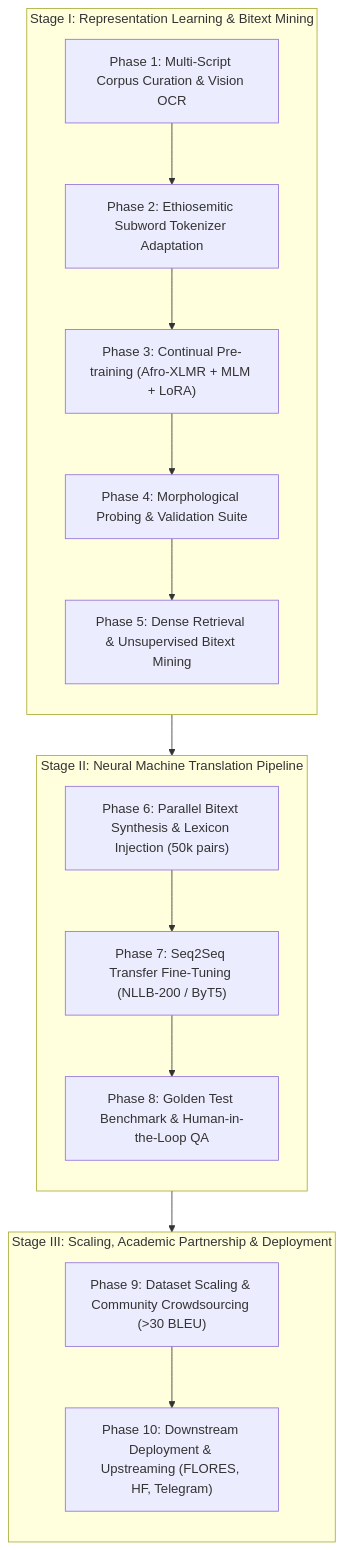
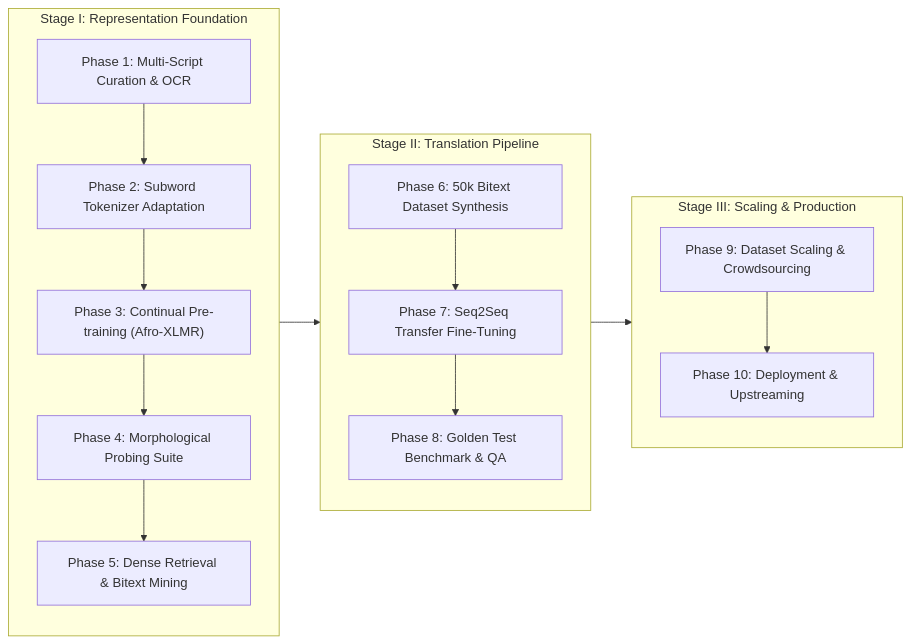
The third of 6 diagrams in README.md (bogdanborovoy/harari-nmt), drawn with Mermaid before and after one commit. The commit also changed other lines of this file and 2 other files, not shown here.

Commit message:
Fix Mermaid flowchart layout: switch pipeline and roles to clean flowchart LR to avoid title clipping

````diff
--- a/README.md
+++ b/README.md
@@ -158,27 +158,30 @@
 ```mermaid
-flowchart TD
-    subgraph Stage1 ["Stage I: Representation Learning & Bitext Mining"]
+flowchart LR
+    subgraph Stage1 ["Stage I: Representation Foundation"]
         direction TB
-        P1["Phase 1: Multi-Script Corpus Curation & Vision OCR"]
-        P2["Phase 2: Ethiosemitic Subword Tokenizer Adaptation"]
-        P3["Phase 3: Continual Pre-training (Afro-XLMR + MLM + LoRA)"]
-        P4["Phase 4: Morphological Probing & Validation Suite"]
-        P5["Phase 5: Dense Retrieval & Unsupervised Bitext Mining"]
+        P1["Phase 1: Multi-Script Curation & OCR"]
+        P2["Phase 2: Subword Tokenizer Adaptation"]
+        P3["Phase 3: Continual Pre-training (Afro-XLMR)"]
+        P4["Phase 4: Morphological Probing Suite"]
+        P5["Phase 5: Dense Retrieval & Bitext Mining"]
         P1 --> P2 --> P3 --> P4 --> P5
     end
 
-    subgraph Stage2 ["Stage II: Neural Machine Translation Pipeline"]
+    subgraph Stage2 ["Stage II: Translation Pipeline"]
         direction TB
-        P6["Phase 6: Parallel Bitext Synthesis & Lexicon Injection (50k pairs)"]
-        P7["Phase 7: Seq2Seq Transfer Fine-Tuning (NLLB-200 / ByT5)"]
-        P8["Phase 8: Golden Test Benchmark & Human-in-the-Loop QA"]
-        P5 --> P6 --> P7 --> P8
+        P6["Phase 6: 50k Bitext Dataset Synthesis"]
+        P7["Phase 7: Seq2Seq Transfer Fine-Tuning"]
+        P8["Phase 8: Golden Test Benchmark & QA"]
+        P6 --> P7 --> P8
     end
 
-    subgraph Stage3 ["Stage III: Scaling, Academic Partnership & Deployment"]
+    subgraph Stage3 ["Stage III: Scaling & Production"]
         direction TB
-        P9["Phase 9: Dataset Scaling & Community Crowdsourcing (>30 BLEU)"]
-        P10["Phase 10: Downstream Deployment & Upstreaming (FLORES, HF, Telegram)"]
-        P8 --> P9 --> P10
+        P9["Phase 9: Dataset Scaling & Crowdsourcing"]
+        P10["Phase 10: Deployment & Upstreaming"]
+        P9 --> P10
     end
+
+    P5 --> P6
+    P8 --> P9
 ```
````
